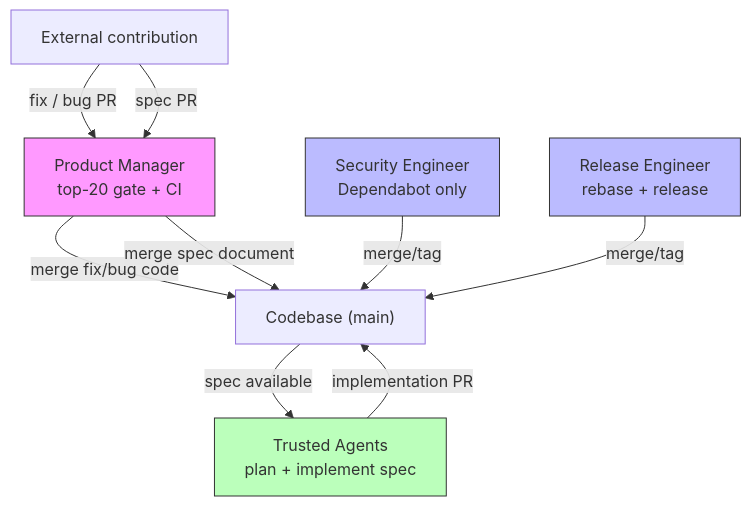
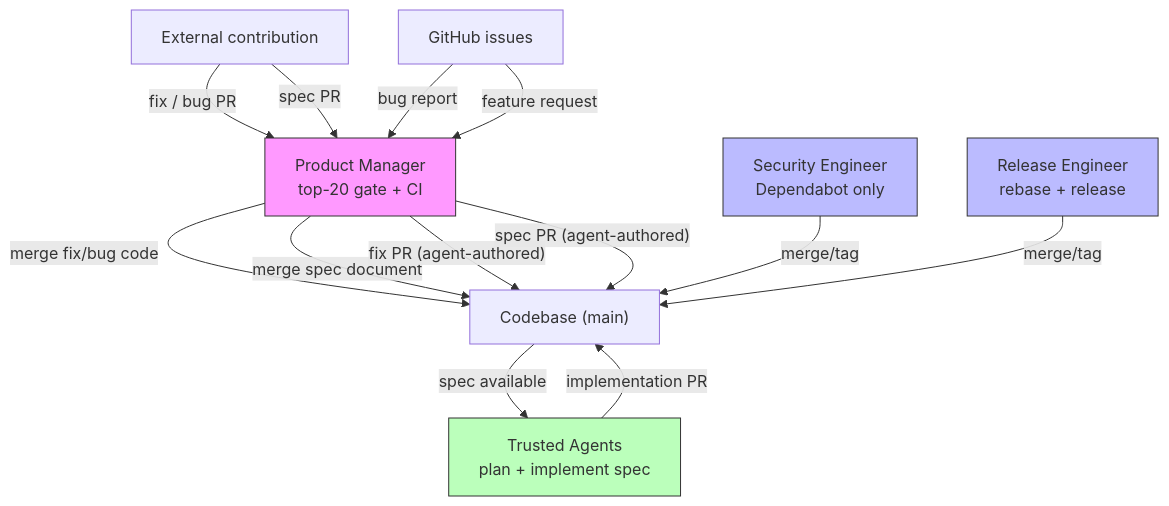
The third of 3 diagrams in CONTINUOUS_IMPROVEMENT.md (forwardimpact/monorepo), drawn with Mermaid before and after one commit. The commit also changed other lines of this file and 7 other files, not shown here.

````diff
--- a/CONTINUOUS_IMPROVEMENT.md
+++ b/CONTINUOUS_IMPROVEMENT.md
@@ -145,25 +147,31 @@
 ```mermaid
 graph TD
     EXT["External contribution"]
+    ISS["GitHub issues"]
     PM["Product Manager<br/>top-20 gate + CI"]
     CB["Codebase (main)"]
     SE["Security Engineer<br/>Dependabot only"]
     RE["Release Engineer<br/>rebase + release"]
 
     EXT -- "fix / bug PR" --> PM
     EXT -- "spec PR" --> PM
     PM -- "merge fix/bug code" --> CB
     PM -- "merge spec document" --> CB
+
+    ISS -- "bug report" --> PM
+    ISS -- "feature request" --> PM
+    PM -- "fix PR (agent-authored)" --> CB
+    PM -- "spec PR (agent-authored)" --> CB
 
     CB -- "spec available" --> TA
     TA["Trusted Agents<br/>plan + implement spec"]
     TA -- "implementation PR" --> CB
 
     SE -- "merge/tag" --> CB
     RE -- "merge/tag" --> CB
 
     style PM fill:#f9f,stroke:#333
     style TA fill:#bfb,stroke:#333
     style SE fill:#bbf,stroke:#333
     style RE fill:#bbf,stroke:#333
 ```
````
